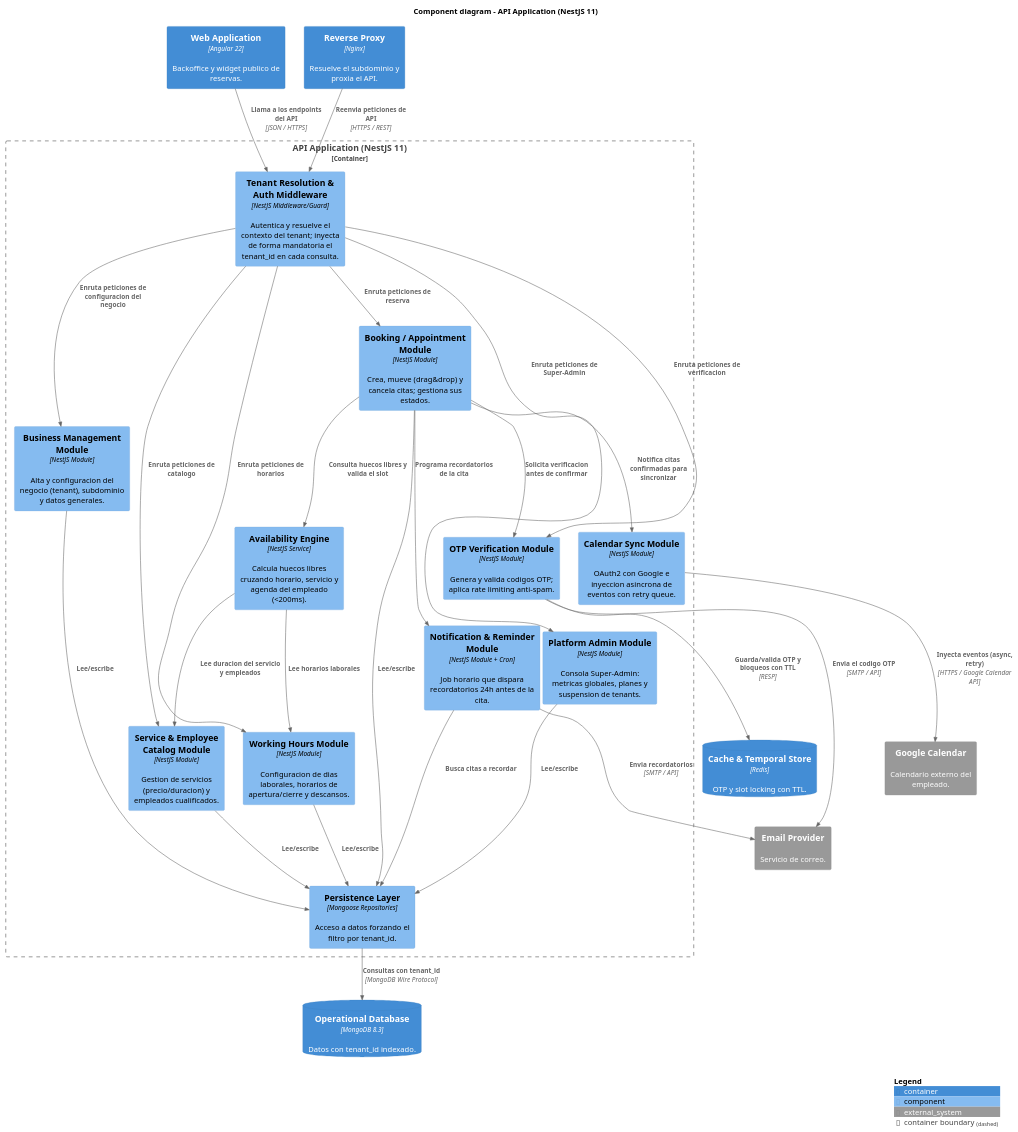
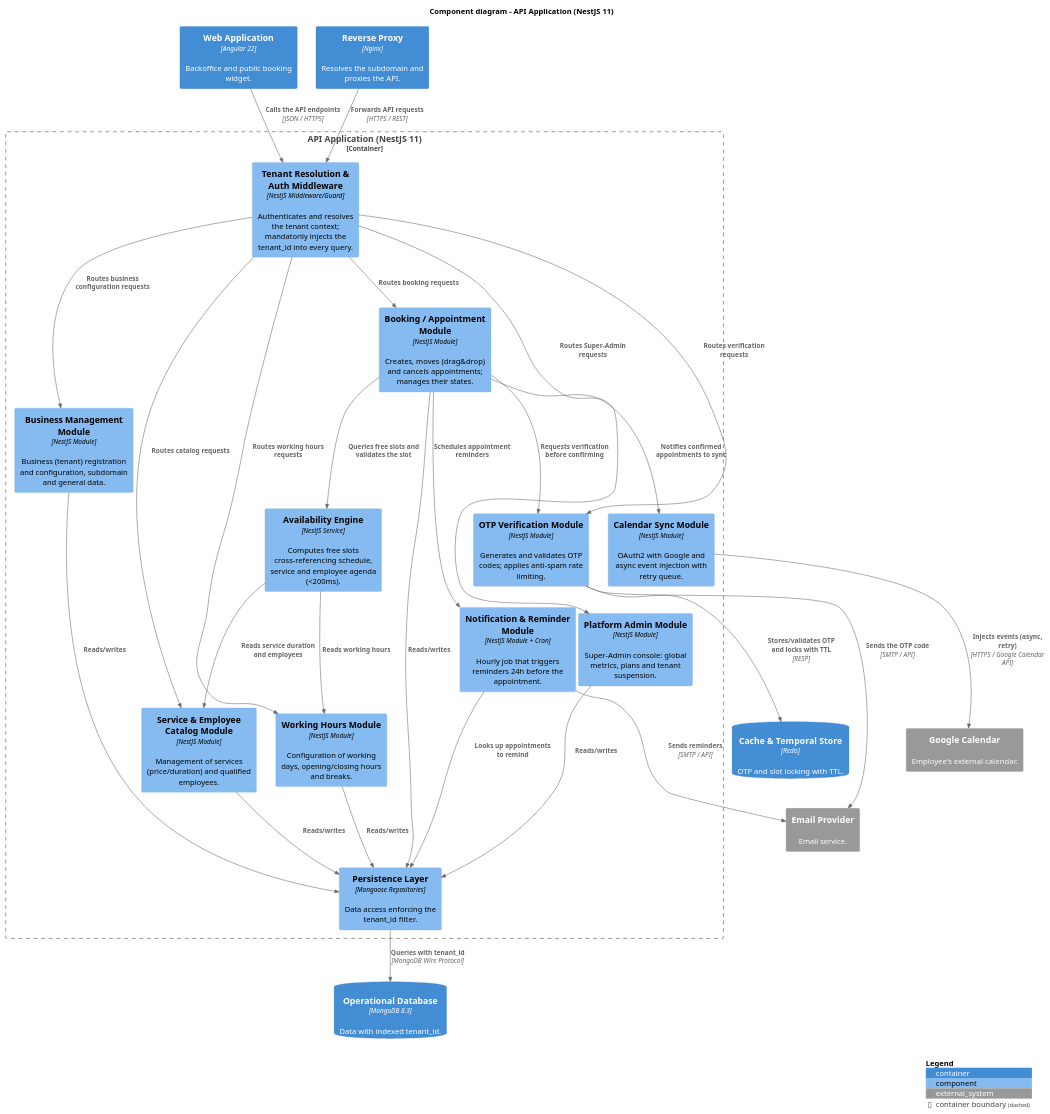
One commit to jose-korvusinc/finalproject-lidr-i4devs changed the diagram in system_architecture/design_view/c3_components_api.puml. Above: the diagram before and after it, drawn with PlantUML. The commit also changed 25 other files, not shown here.

Commit message:
Translate names and add analysis class diagram

```diff
--- a/system_architecture/design_view/c3_components_api.puml
+++ b/system_architecture/design_view/c3_components_api.puml
@@ -1,66 +1,66 @@
 @startuml c3_components_api
 ' =====================================================================
 ' C4 Model - Level 3: Components (API Application - NestJS 11)
-' Desglose interno del contenedor API.
+' Internal breakdown of the API container.
 ' =====================================================================
 !include https://raw.githubusercontent.com/plantuml-stdlib/C4-PlantUML/master/C4_Component.puml
 
 title Component diagram - API Application (NestJS 11)
 
-Container(webApp, "Web Application", "Angular 22", "Backoffice y widget publico de reservas.")
-Container(reverseProxy, "Reverse Proxy", "Nginx", "Resuelve el subdominio y proxia el API.")
-ContainerDb(mongo, "Operational Database", "MongoDB 8.3", "Datos con tenant_id indexado.")
-ContainerDb(redis, "Cache & Temporal Store", "Redis", "OTP y slot locking con TTL.")
-System_Ext(googleCalendar, "Google Calendar", "Calendario externo del empleado.")
-System_Ext(emailProvider, "Email Provider", "Servicio de correo.")
+Container(webApp, "Web Application", "Angular 22", "Backoffice and public booking widget.")
+Container(reverseProxy, "Reverse Proxy", "Nginx", "Resolves the subdomain and proxies the API.")
+ContainerDb(mongo, "Operational Database", "MongoDB 8.3", "Data with indexed tenant_id.")
+ContainerDb(redis, "Cache & Temporal Store", "Redis", "OTP and slot locking with TTL.")
+System_Ext(googleCalendar, "Google Calendar", "Employee's external calendar.")
+System_Ext(emailProvider, "Email Provider", "Email service.")
 
 Container_Boundary(api, "API Application (NestJS 11)") {
-    Component(tenantMiddleware, "Tenant Resolution & Auth Middleware", "NestJS Middleware/Guard", "Autentica y resuelve el contexto del tenant; inyecta de forma mandatoria el tenant_id en cada consulta.")
-    Component(businessModule, "Business Management Module", "NestJS Module", "Alta y configuracion del negocio (tenant), subdominio y datos generales.")
-    Component(scheduleModule, "Working Hours Module", "NestJS Module", "Configuracion de dias laborales, horarios de apertura/cierre y descansos.")
-    Component(catalogModule, "Service & Employee Catalog Module", "NestJS Module", "Gestion de servicios (precio/duracion) y empleados cualificados.")
-    Component(availabilityEngine, "Availability Engine", "NestJS Service", "Calcula huecos libres cruzando horario, servicio y agenda del empleado (<200ms).")
-    Component(bookingModule, "Booking / Appointment Module", "NestJS Module", "Crea, mueve (drag&drop) y cancela citas; gestiona sus estados.")
-    Component(otpModule, "OTP Verification Module", "NestJS Module", "Genera y valida codigos OTP; aplica rate limiting anti-spam.")
-    Component(notificationModule, "Notification & Reminder Module", "NestJS Module + Cron", "Job horario que dispara recordatorios 24h antes de la cita.")
-    Component(calendarSyncModule, "Calendar Sync Module", "NestJS Module", "OAuth2 con Google e inyeccion asincrona de eventos con retry queue.")
-    Component(platformModule, "Platform Admin Module", "NestJS Module", "Consola Super-Admin: metricas globales, planes y suspension de tenants.")
-    Component(repositories, "Persistence Layer", "Mongoose Repositories", "Acceso a datos forzando el filtro por tenant_id.")
+    Component(tenantMiddleware, "Tenant Resolution & Auth Middleware", "NestJS Middleware/Guard", "Authenticates and resolves the tenant context; mandatorily injects the tenant_id into every query.")
+    Component(businessModule, "Business Management Module", "NestJS Module", "Business (tenant) registration and configuration, subdomain and general data.")
+    Component(scheduleModule, "Working Hours Module", "NestJS Module", "Configuration of working days, opening/closing hours and breaks.")
+    Component(catalogModule, "Service & Employee Catalog Module", "NestJS Module", "Management of services (price/duration) and qualified employees.")
+    Component(availabilityEngine, "Availability Engine", "NestJS Service", "Computes free slots cross-referencing schedule, service and employee agenda (<200ms).")
+    Component(bookingModule, "Booking / Appointment Module", "NestJS Module", "Creates, moves (drag&drop) and cancels appointments; manages their states.")
+    Component(otpModule, "OTP Verification Module", "NestJS Module", "Generates and validates OTP codes; applies anti-spam rate limiting.")
+    Component(notificationModule, "Notification & Reminder Module", "NestJS Module + Cron", "Hourly job that triggers reminders 24h before the appointment.")
+    Component(calendarSyncModule, "Calendar Sync Module", "NestJS Module", "OAuth2 with Google and async event injection with retry queue.")
+    Component(platformModule, "Platform Admin Module", "NestJS Module", "Super-Admin console: global metrics, plans and tenant suspension.")
+    Component(repositories, "Persistence Layer", "Mongoose Repositories", "Data access enforcing the tenant_id filter.")
 }
 
-' --- Entradas ---
-Rel(reverseProxy, tenantMiddleware, "Reenvia peticiones de API", "HTTPS / REST")
-Rel(webApp, tenantMiddleware, "Llama a los endpoints del API", "JSON / HTTPS")
+' --- Inbound ---
+Rel(reverseProxy, tenantMiddleware, "Forwards API requests", "HTTPS / REST")
+Rel(webApp, tenantMiddleware, "Calls the API endpoints", "JSON / HTTPS")
 
-' --- El middleware delega en los modulos ---
-Rel(tenantMiddleware, businessModule, "Enruta peticiones de configuracion del negocio")
-Rel(tenantMiddleware, scheduleModule, "Enruta peticiones de horarios")
-Rel(tenantMiddleware, catalogModule, "Enruta peticiones de catalogo")
-Rel(tenantMiddleware, bookingModule, "Enruta peticiones de reserva")
-Rel(tenantMiddleware, otpModule, "Enruta peticiones de verificacion")
-Rel(tenantMiddleware, platformModule, "Enruta peticiones de Super-Admin")
+' --- The middleware delegates to the modules ---
+Rel(tenantMiddleware, businessModule, "Routes business configuration requests")
+Rel(tenantMiddleware, scheduleModule, "Routes working hours requests")
+Rel(tenantMiddleware, catalogModule, "Routes catalog requests")
+Rel(tenantMiddleware, bookingModule, "Routes booking requests")
+Rel(tenantMiddleware, otpModule, "Routes verification requests")
+Rel(tenantMiddleware, platformModule, "Routes Super-Admin requests")
 
-' --- Colaboraciones internas ---
-Rel(bookingModule, availabilityEngine, "Consulta huecos libres y valida el slot")
-Rel(availabilityEngine, scheduleModule, "Lee horarios laborales")
-Rel(availabilityEngine, catalogModule, "Lee duracion del servicio y empleados")
-Rel(bookingModule, otpModule, "Solicita verificacion antes de confirmar")
-Rel(bookingModule, notificationModule, "Programa recordatorios de la cita")
-Rel(bookingModule, calendarSyncModule, "Notifica citas confirmadas para sincronizar")
+' --- Internal collaborations ---
+Rel(bookingModule, availabilityEngine, "Queries free slots and validates the slot")
+Rel(availabilityEngine, scheduleModule, "Reads working hours")
+Rel(availabilityEngine, catalogModule, "Reads service duration and employees")
+Rel(bookingModule, otpModule, "Requests verification before confirming")
+Rel(bookingModule, notificationModule, "Schedules appointment reminders")
+Rel(bookingModule, calendarSyncModule, "Notifies confirmed appointments to sync")
 
-' --- Persistencia y servicios externos ---
-Rel(businessModule, repositories, "Lee/escribe")
-Rel(scheduleModule, repositories, "Lee/escribe")
-Rel(catalogModule, repositories, "Lee/escribe")
-Rel(bookingModule, repositories, "Lee/escribe")
-Rel(platformModule, repositories, "Lee/escribe")
-Rel(repositories, mongo, "Consultas con tenant_id", "MongoDB Wire Protocol")
+' --- Persistence and external services ---
+Rel(businessModule, repositories, "Reads/writes")
+Rel(scheduleModule, repositories, "Reads/writes")
+Rel(catalogModule, repositories, "Reads/writes")
+Rel(bookingModule, repositories, "Reads/writes")
+Rel(platformModule, repositories, "Reads/writes")
+Rel(repositories, mongo, "Queries with tenant_id", "MongoDB Wire Protocol")
 
-Rel(otpModule, redis, "Guarda/valida OTP y bloqueos con TTL", "RESP")
-Rel(otpModule, emailProvider, "Envia el codigo OTP", "SMTP / API")
-Rel(notificationModule, emailProvider, "Envia recordatorios", "SMTP / API")
-Rel(notificationModule, repositories, "Busca citas a recordar")
-Rel(calendarSyncModule, googleCalendar, "Inyecta eventos (async, retry)", "HTTPS / Google Calendar API")
+Rel(otpModule, redis, "Stores/validates OTP and locks with TTL", "RESP")
+Rel(otpModule, emailProvider, "Sends the OTP code", "SMTP / API")
+Rel(notificationModule, emailProvider, "Sends reminders", "SMTP / API")
+Rel(notificationModule, repositories, "Looks up appointments to remind")
+Rel(calendarSyncModule, googleCalendar, "Injects events (async, retry)", "HTTPS / Google Calendar API")
 
 SHOW_LEGEND()
 @enduml
```
